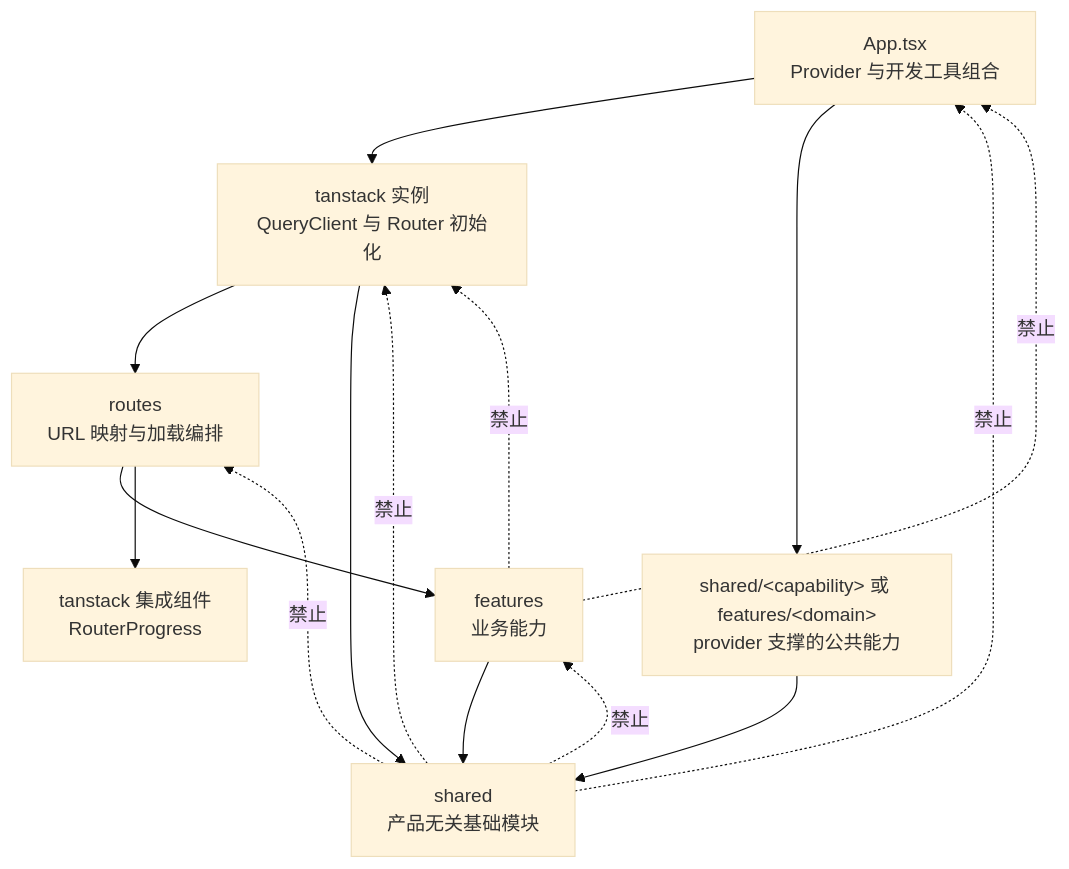
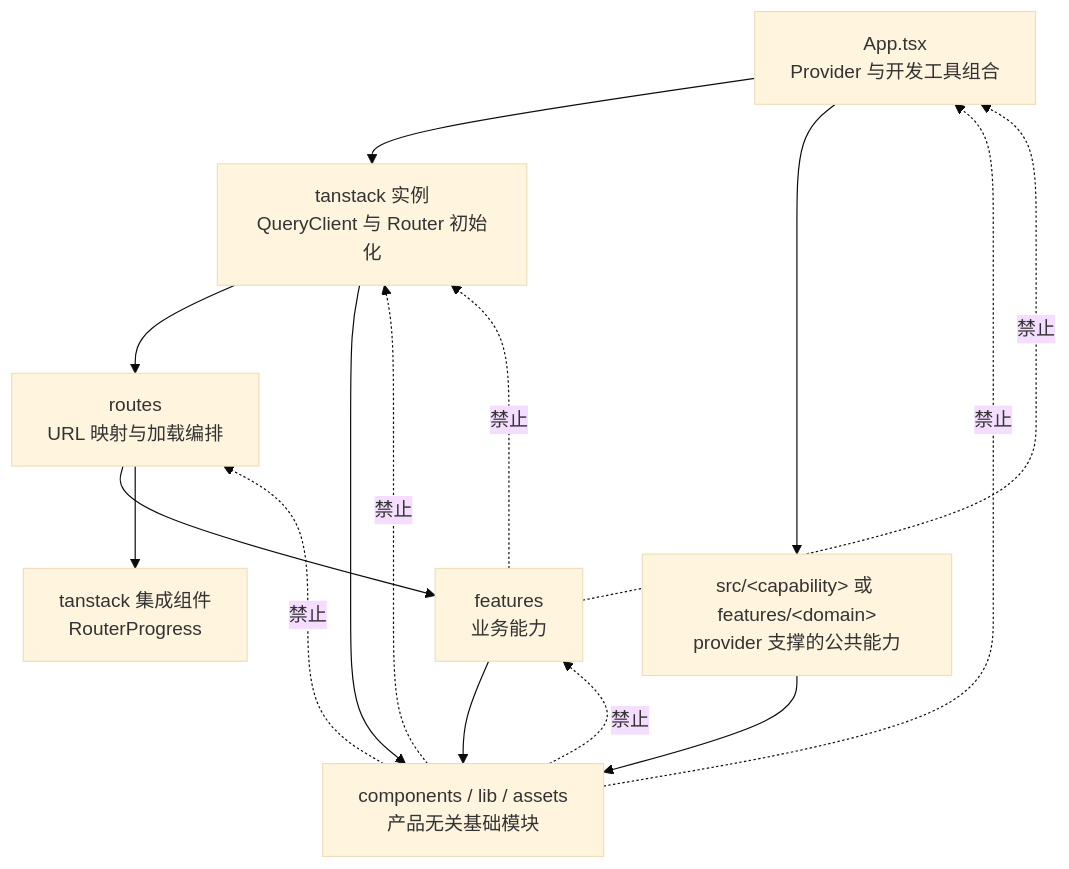
The diagram in README.md (RingoTangs/react-app), drawn with Mermaid (base theme) before and after one commit. The commit also changed other lines of this file and 16 other files, not shown here.

````diff
--- a/README.md
+++ b/README.md
@@ -171,26 +170,26 @@
 ```mermaid
 flowchart TD
   App["App.tsx<br/>Provider 与开发工具组合"]
   TanStack["tanstack 实例<br/>QueryClient 与 Router 初始化"]
   RouterIntegration["tanstack 集成组件<br/>RouterProgress"]
   Routes["routes<br/>URL 映射与加载编排"]
   Features["features<br/>业务能力"]
-  Shared["shared<br/>产品无关基础模块"]
-  ProviderCapability["shared/&lt;capability&gt; 或 features/&lt;domain&gt;<br/>provider 支撑的公共能力"]
+  Common["components / lib / assets<br/>产品无关基础模块"]
+  ProviderCapability["src/&lt;capability&gt; 或 features/&lt;domain&gt;<br/>provider 支撑的公共能力"]
 
   App --> TanStack
   TanStack --> Routes
-  TanStack --> Shared
+  TanStack --> Common
   App --> ProviderCapability
   Routes --> Features
   Routes --> RouterIntegration
-  Features --> Shared
-  ProviderCapability --> Shared
+  Features --> Common
+  ProviderCapability --> Common
 
-  Shared -. 禁止 .-> App
-  Shared -. 禁止 .-> Routes
-  Shared -. 禁止 .-> Features
+  Common -. 禁止 .-> App
+  Common -. 禁止 .-> Routes
+  Common -. 禁止 .-> Features
   Features -. 禁止 .-> App
   Features -. 禁止 .-> TanStack
-  Shared -. 禁止 .-> TanStack
+  Common -. 禁止 .-> TanStack
 ```
````
